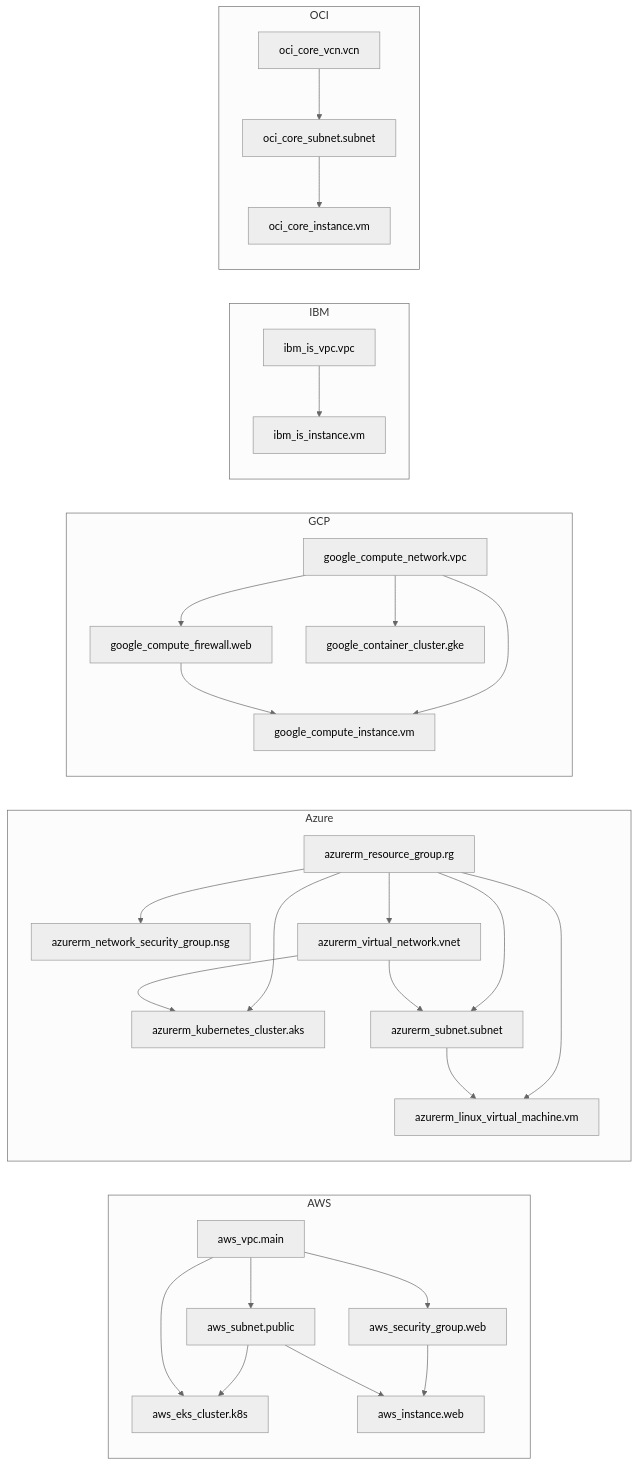
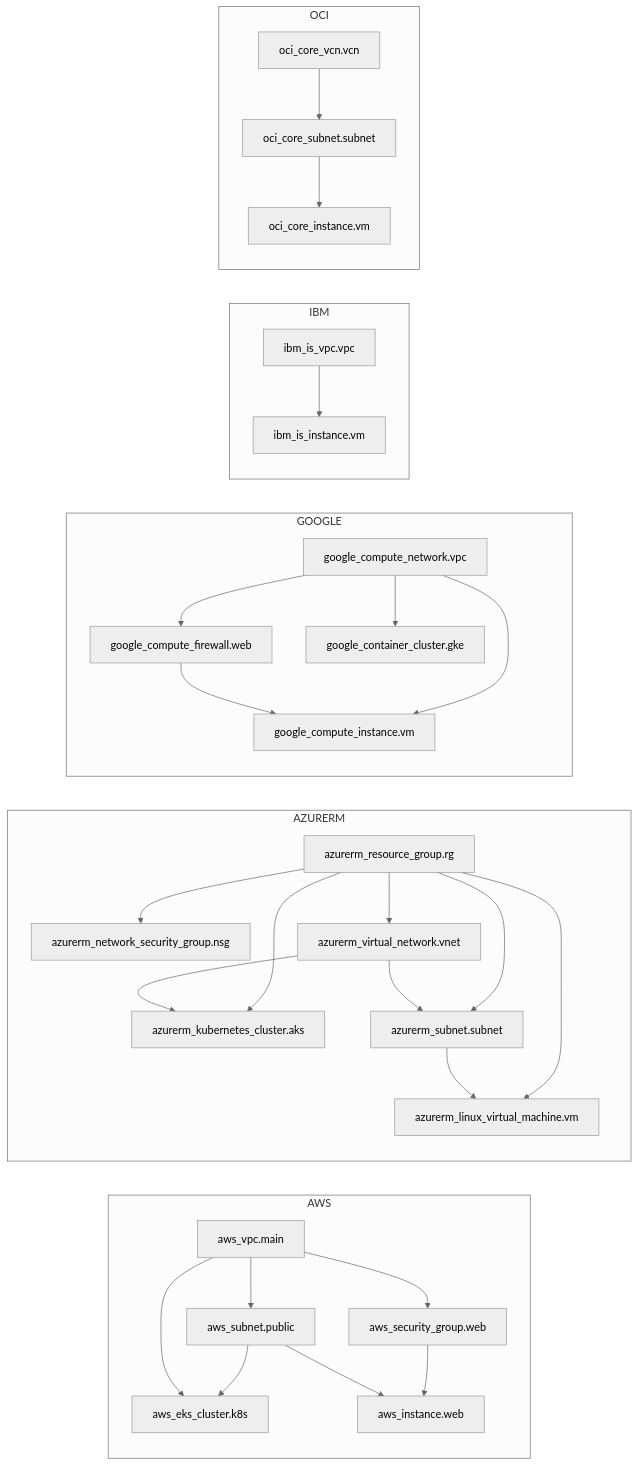
The diagram in examples/terraform/multi-cloud-complex/architecture-diagram.mmd (suryakumaran2611/auto-arch-diagram), drawn with Mermaid (neutral theme) before and after one commit. The commit also changed 2188 other files, not shown here.

```diff
--- a/examples/terraform/multi-cloud-complex/architecture-diagram.mmd
+++ b/examples/terraform/multi-cloud-complex/architecture-diagram.mmd
@@ -1,52 +1,52 @@
 flowchart LR
 subgraph AWS[AWS]
   tf_aws_eks_cluster_k8s["aws_eks_cluster.k8s"]
   tf_aws_instance_web["aws_instance.web"]
   tf_aws_security_group_web["aws_security_group.web"]
   tf_aws_subnet_public["aws_subnet.public"]
   tf_aws_vpc_main["aws_vpc.main"]
 end
-subgraph Azure[Azure]
+subgraph AZURERM[AZURERM]
   tf_azurerm_kubernetes_cluster_aks["azurerm_kubernetes_cluster.aks"]
   tf_azurerm_linux_virtual_machine_vm["azurerm_linux_virtual_machine.vm"]
   tf_azurerm_network_security_group_nsg["azurerm_network_security_group.nsg"]
   tf_azurerm_resource_group_rg["azurerm_resource_group.rg"]
   tf_azurerm_subnet_subnet["azurerm_subnet.subnet"]
   tf_azurerm_virtual_network_vnet["azurerm_virtual_network.vnet"]
 end
-subgraph GCP[GCP]
+subgraph GOOGLE[GOOGLE]
   tf_google_compute_firewall_web["google_compute_firewall.web"]
   tf_google_compute_instance_vm["google_compute_instance.vm"]
   tf_google_compute_network_vpc["google_compute_network.vpc"]
   tf_google_container_cluster_gke["google_container_cluster.gke"]
 end
 subgraph IBM[IBM]
   tf_ibm_is_instance_vm["ibm_is_instance.vm"]
   tf_ibm_is_vpc_vpc["ibm_is_vpc.vpc"]
 end
 subgraph OCI[OCI]
   tf_oci_core_instance_vm["oci_core_instance.vm"]
   tf_oci_core_subnet_subnet["oci_core_subnet.subnet"]
   tf_oci_core_vcn_vcn["oci_core_vcn.vcn"]
 end
 tf_aws_security_group_web --> tf_aws_instance_web
 tf_aws_subnet_public --> tf_aws_eks_cluster_k8s
 tf_aws_subnet_public --> tf_aws_instance_web
 tf_aws_vpc_main --> tf_aws_eks_cluster_k8s
 tf_aws_vpc_main --> tf_aws_security_group_web
 tf_aws_vpc_main --> tf_aws_subnet_public
 tf_azurerm_resource_group_rg --> tf_azurerm_kubernetes_cluster_aks
 tf_azurerm_resource_group_rg --> tf_azurerm_linux_virtual_machine_vm
 tf_azurerm_resource_group_rg --> tf_azurerm_network_security_group_nsg
 tf_azurerm_resource_group_rg --> tf_azurerm_subnet_subnet
 tf_azurerm_resource_group_rg --> tf_azurerm_virtual_network_vnet
 tf_azurerm_subnet_subnet --> tf_azurerm_linux_virtual_machine_vm
 tf_azurerm_virtual_network_vnet --> tf_azurerm_kubernetes_cluster_aks
 tf_azurerm_virtual_network_vnet --> tf_azurerm_subnet_subnet
 tf_google_compute_firewall_web --> tf_google_compute_instance_vm
 tf_google_compute_network_vpc --> tf_google_compute_firewall_web
 tf_google_compute_network_vpc --> tf_google_compute_instance_vm
 tf_google_compute_network_vpc --> tf_google_container_cluster_gke
 tf_ibm_is_vpc_vpc --> tf_ibm_is_instance_vm
 tf_oci_core_subnet_subnet --> tf_oci_core_instance_vm
 tf_oci_core_vcn_vcn --> tf_oci_core_subnet_subnet
```
